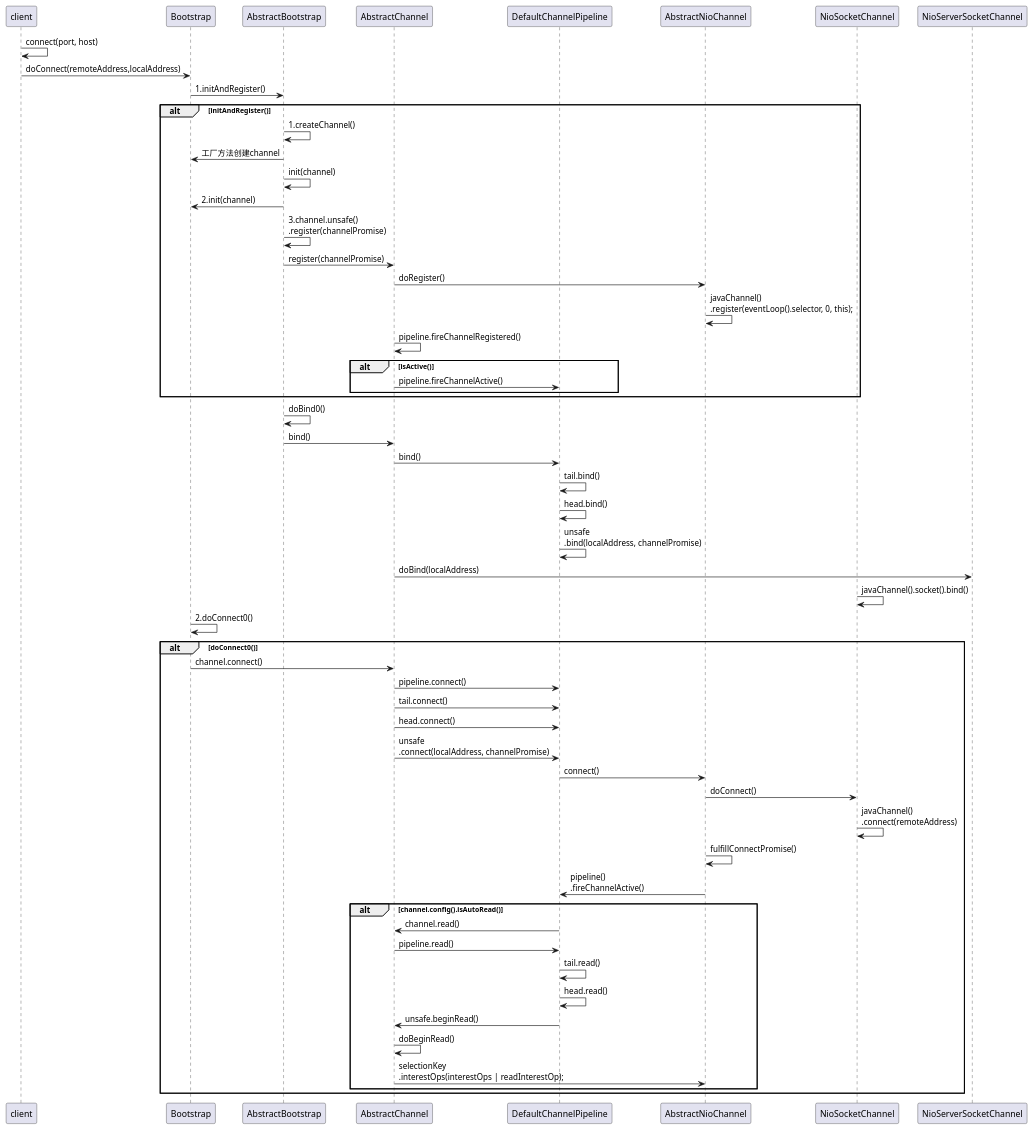
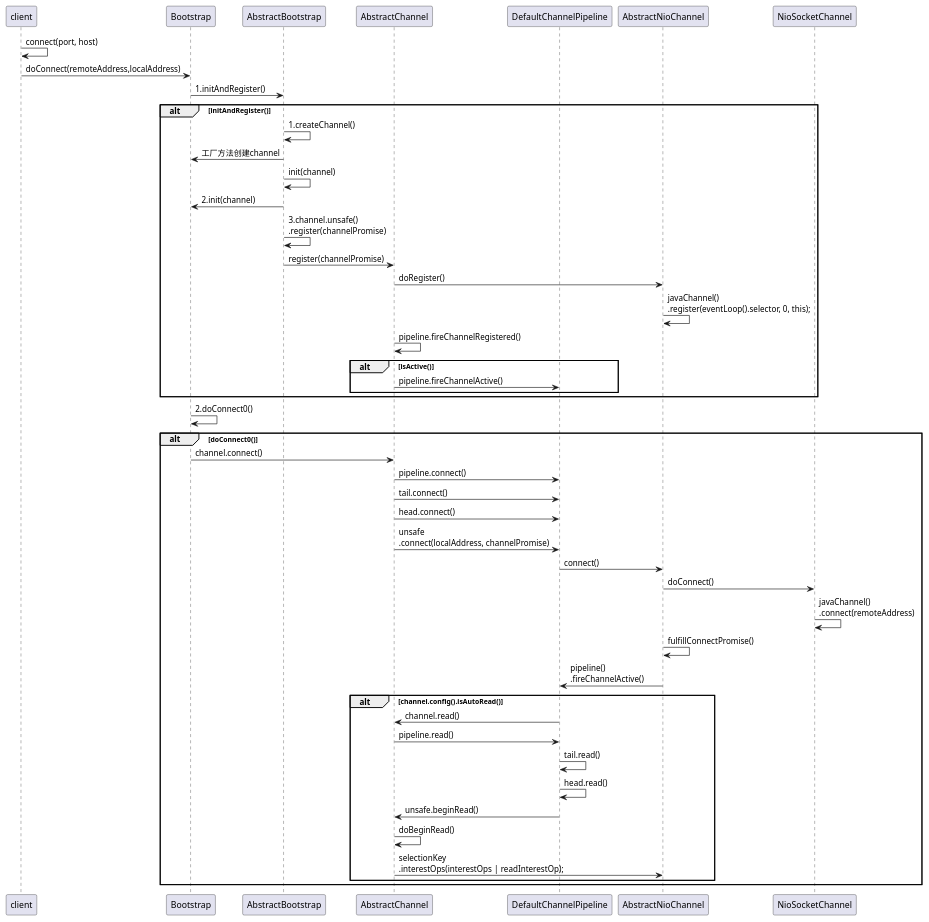
The diagram in uml/netty/netty_client.puml (newbigTech/myDesignPattern), drawn with PlantUML before and after one commit.

Commit message:
netty client connect uml

```diff
--- a/uml/netty/netty_client.puml
+++ b/uml/netty/netty_client.puml
@@ -1,58 +1,58 @@
 @startuml
 participant "client" as client
 participant "Bootstrap" as Bootstrap
 participant "AbstractBootstrap" as AbstractBootstrap
 participant "AbstractChannel" as AbstractChannel
 participant "DefaultChannelPipeline" as DefaultChannelPipeline
 participant "AbstractNioChannel" as AbstractNioChannel
 participant "NioSocketChannel" as NioSocketChannel
 client -> client: connect(port, host)
 client -> Bootstrap: doConnect(remoteAddress,localAddress)
 Bootstrap -> AbstractBootstrap: 1.initAndRegister()
 alt initAndRegister()
   AbstractBootstrap -> AbstractBootstrap: 1.createChannel()
   AbstractBootstrap -> Bootstrap: 工厂方法创建channel
   AbstractBootstrap -> AbstractBootstrap: init(channel)
   AbstractBootstrap -> Bootstrap: 2.init(channel)
   AbstractBootstrap -> AbstractBootstrap: 3.channel.unsafe()\n.register(channelPromise)
   AbstractBootstrap -> AbstractChannel:register(channelPromise)
   AbstractChannel -> AbstractNioChannel:doRegister()
   AbstractNioChannel -> AbstractNioChannel:javaChannel()\n.register(eventLoop().selector, 0, this);
   AbstractChannel -> AbstractChannel:pipeline.fireChannelRegistered()
   alt isActive()
       AbstractChannel -> DefaultChannelPipeline:pipeline.fireChannelActive()
   end
 end
-AbstractBootstrap -> AbstractBootstrap:doBind0()
-AbstractBootstrap -> AbstractChannel:bind()
-AbstractChannel-> DefaultChannelPipeline:bind()
-DefaultChannelPipeline-> DefaultChannelPipeline:tail.bind()
-DefaultChannelPipeline-> DefaultChannelPipeline:head.bind()
-DefaultChannelPipeline-> DefaultChannelPipeline:unsafe\n.bind(localAddress, channelPromise)
-AbstractChannel-> NioServerSocketChannel:doBind(localAddress)
-NioSocketChannel-> NioSocketChannel:javaChannel().socket().bind()
+'AbstractBootstrap -> AbstractBootstrap:doBind0()
+'AbstractBootstrap -> AbstractChannel:bind()
+'AbstractChannel-> DefaultChannelPipeline:bind()
+'DefaultChannelPipeline-> DefaultChannelPipeline:tail.bind()
+'DefaultChannelPipeline-> DefaultChannelPipeline:head.bind()
+'DefaultChannelPipeline-> DefaultChannelPipeline:unsafe\n.bind(localAddress, channelPromise)
+'AbstractChannel-> NioServerSocketChannel:doBind(localAddress)
+'NioSocketChannel-> NioSocketChannel:javaChannel().socket().bind()
 
 Bootstrap -> Bootstrap:2.doConnect0()
 alt doConnect0()
 Bootstrap -> AbstractChannel:channel.connect()
 AbstractChannel -> DefaultChannelPipeline:pipeline.connect()
 AbstractChannel -> DefaultChannelPipeline:tail.connect()
 AbstractChannel -> DefaultChannelPipeline:head.connect()
 AbstractChannel -> DefaultChannelPipeline:unsafe\n.connect(localAddress, channelPromise)
 DefaultChannelPipeline -> AbstractNioChannel:connect()
 AbstractNioChannel -> NioSocketChannel:doConnect()
 NioSocketChannel -> NioSocketChannel:javaChannel()\n.connect(remoteAddress)
 AbstractNioChannel -> AbstractNioChannel:fulfillConnectPromise()
 AbstractNioChannel -> DefaultChannelPipeline:pipeline()\n.fireChannelActive()
   alt channel.config().isAutoRead()
       DefaultChannelPipeline -> AbstractChannel:channel.read()
       AbstractChannel -> DefaultChannelPipeline:pipeline.read()
       DefaultChannelPipeline -> DefaultChannelPipeline:tail.read()
       DefaultChannelPipeline -> DefaultChannelPipeline:head.read()
       DefaultChannelPipeline -> AbstractChannel:unsafe.beginRead()
       AbstractChannel -> AbstractChannel:doBeginRead()
       AbstractChannel -> AbstractNioChannel:selectionKey\n.interestOps(interestOps | readInterestOp);
   end
 end
 
 @enduml
```
